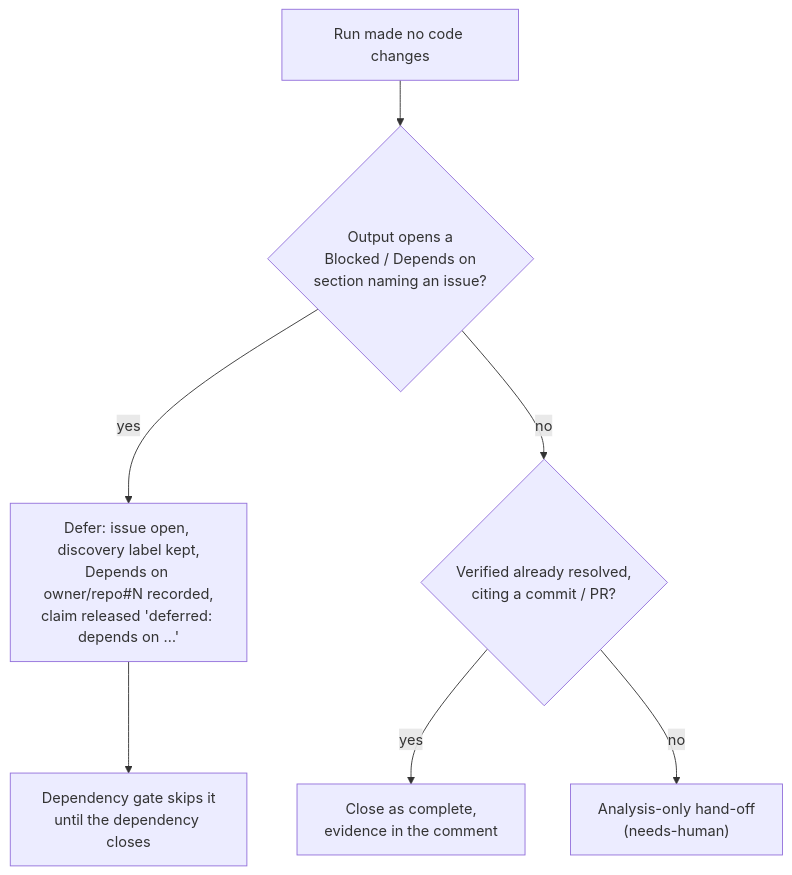
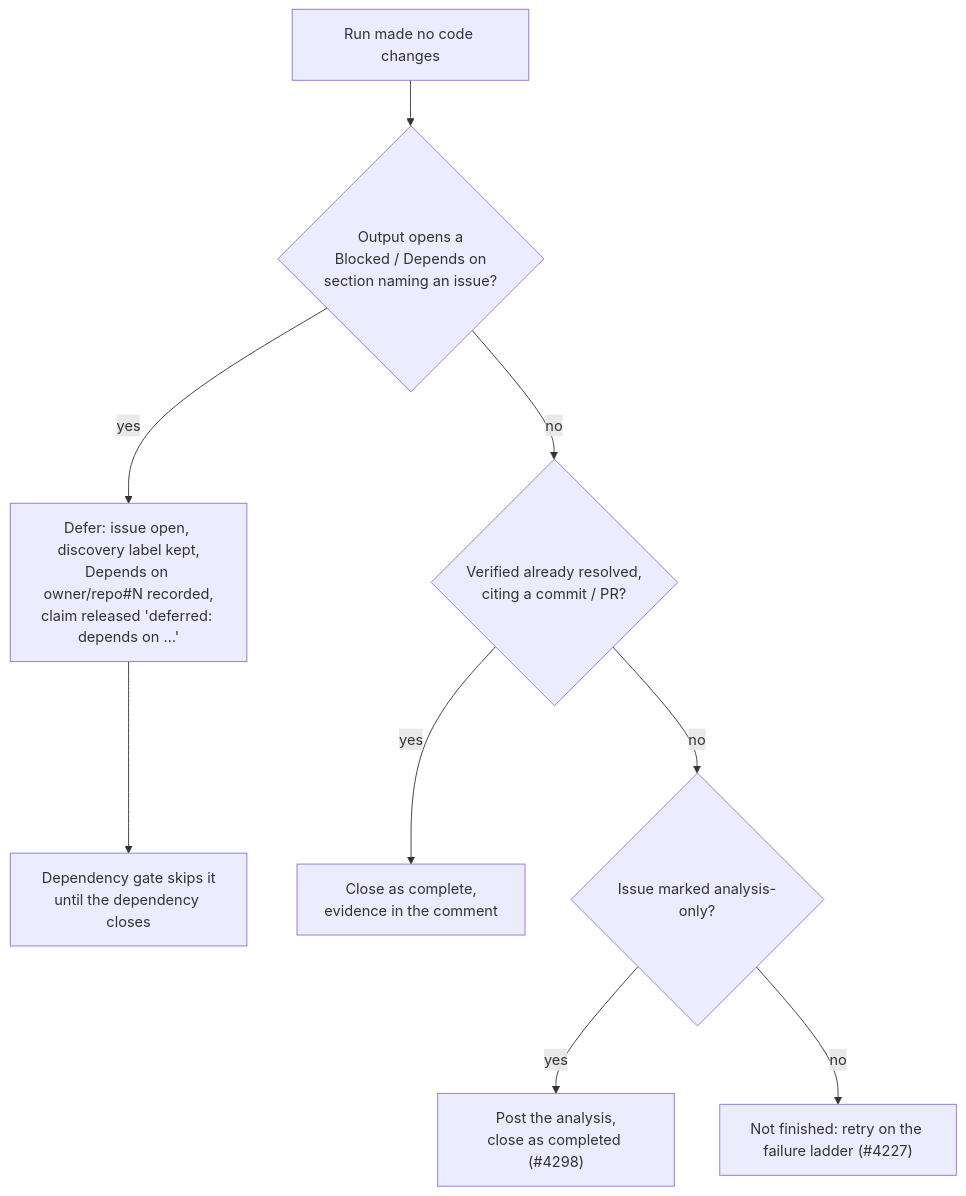
One commit to stSoftwareAU/VibeCoder changed the eighth of 9 diagrams in DESIGN-PRINCIPLES.md. Above: the diagram before and after it, drawn with Mermaid. The commit also changed other lines of this file and 719 other files, not shown here.

First line of the commit message:
One-off command to clear failed labels left by worker gates (Issue #4132) (#4355)

````diff
--- a/DESIGN-PRINCIPLES.md
+++ b/DESIGN-PRINCIPLES.md
@@ -2946,9 +2972,11 @@
 ```mermaid
 flowchart TD
     N["Run made no code changes"] --> B{"Output opens a<br/>Blocked / Depends on<br/>section naming an issue?"}
     B -- yes --> D["Defer: issue open, discovery label kept,<br/>Depends on owner/repo#N recorded,<br/>claim released 'deferred: depends on …'"]
     D --> G["Dependency gate skips it<br/>until the dependency closes"]
     B -- no --> C{"Verified already resolved,<br/>citing a commit / PR?"}
     C -- yes --> X["Close as complete,<br/>evidence in the comment"]
-    C -- no --> A["Analysis-only hand-off<br/>(needs-human)"]
+    C -- no --> A{"Issue marked analysis-only?"}
+    A -- yes --> H["Post the analysis,<br/>close as completed (#4298)"]
+    A -- no --> R["Not finished: retry on the failure ladder (#4227)"]
 ```
````
